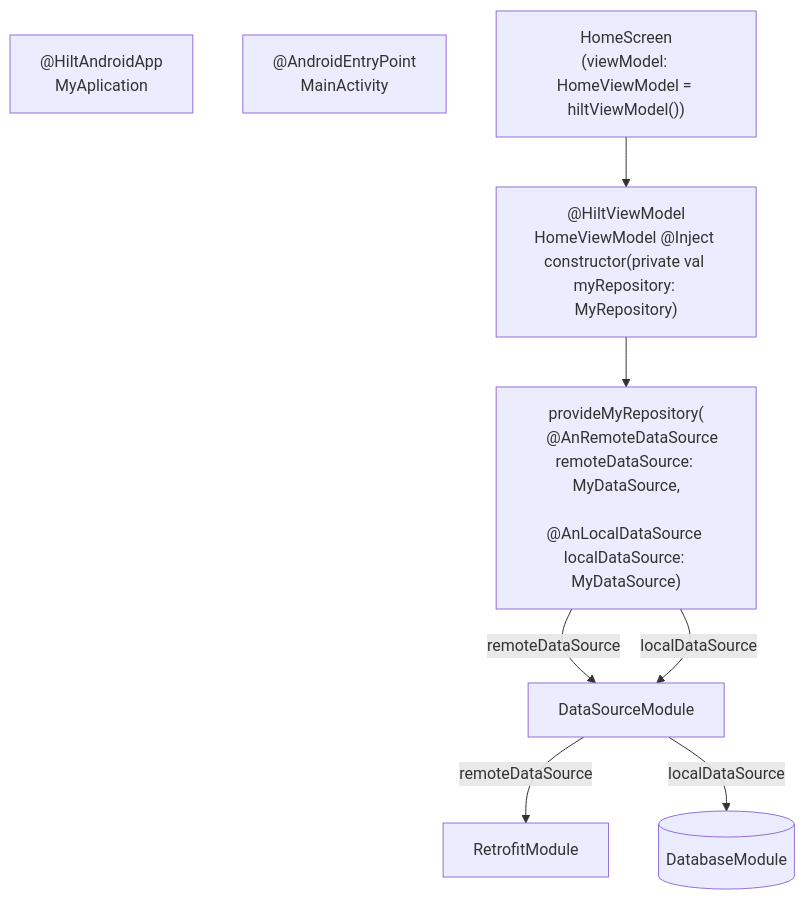
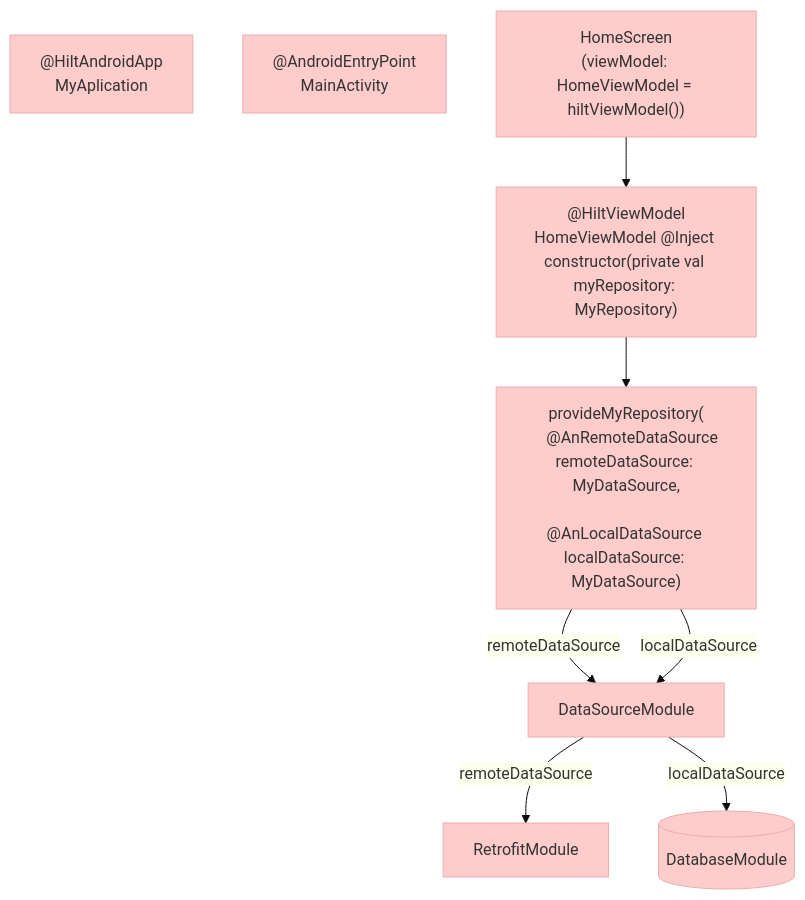
The diagram in Android/DI/Hilt/HiltComposeExample.md (Ango1eiro/MySnippets), drawn with Mermaid before and after one commit.

````diff
--- a/Android/DI/Hilt/HiltComposeExample.md
+++ b/Android/DI/Hilt/HiltComposeExample.md
@@ -3,17 +3,17 @@
 ```mermaid
 
 
-
+%%{init: {'theme': 'base', 'themeVariables': { 'primaryColor': '#ffcccc', 'edgeLabelBackground':'#ffffee', 'tertiaryColor': '#fff0f0'}}}%%
 graph TD;
     MyApplication["@HiltAndroidApp<br>MyAplication"];
     MainActivity["@AndroidEntryPoint<br>MainActivity"];
     HomeScreen["HomeScreen<br>(viewModel: HomeViewModel = hiltViewModel())"]-->HomeViewModel;
     HomeViewModel["@HiltViewModel<br>HomeViewModel @Inject constructor(private val myRepository: MyRepository)"]-->RepositoryModule;
     RepositoryModule["provideMyRepository(
     @AnRemoteDataSource remoteDataSource: MyDataSource,
     <br>@AnLocalDataSource localDataSource: MyDataSource)"]--remoteDataSource-->DataSourceModule;
     RepositoryModule--localDataSource-->DataSourceModule;
     DataSourceModule--remoteDataSource-->RetrofitModule;
     DataSourceModule--localDataSource-->DatabaseModule[(DatabaseModule)];
 
 ```
````
